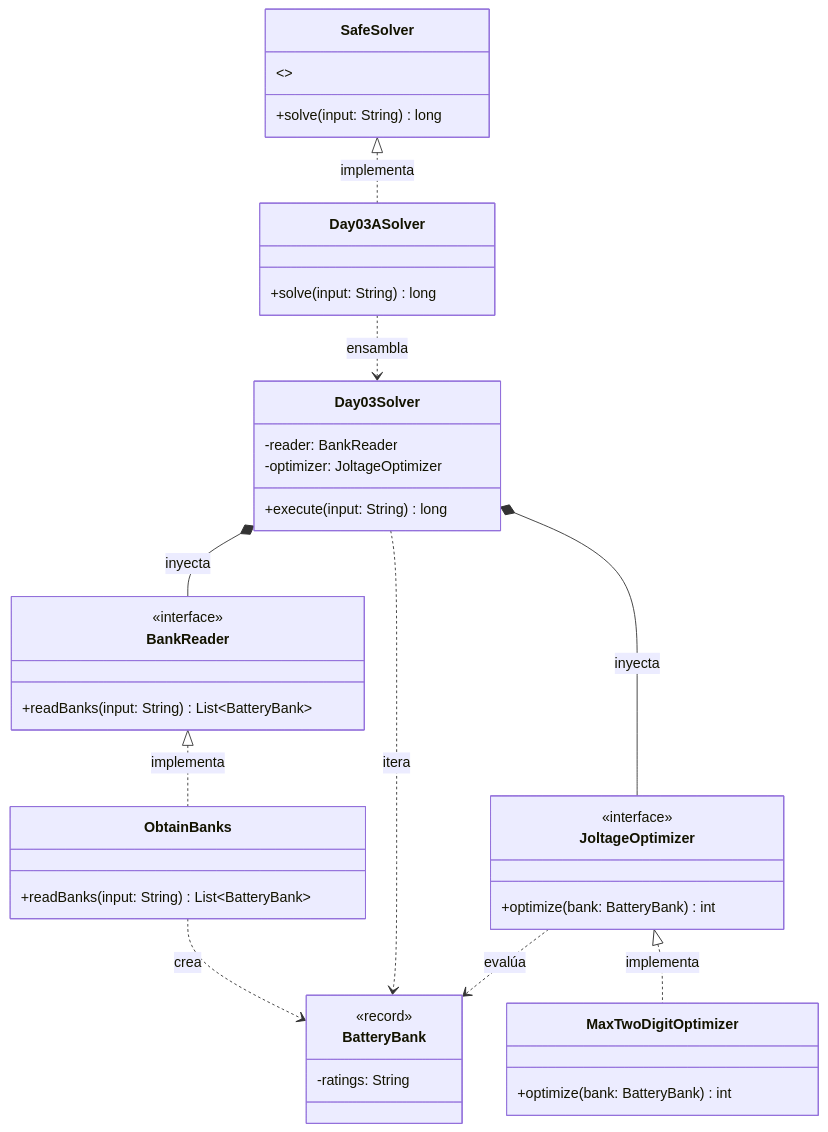
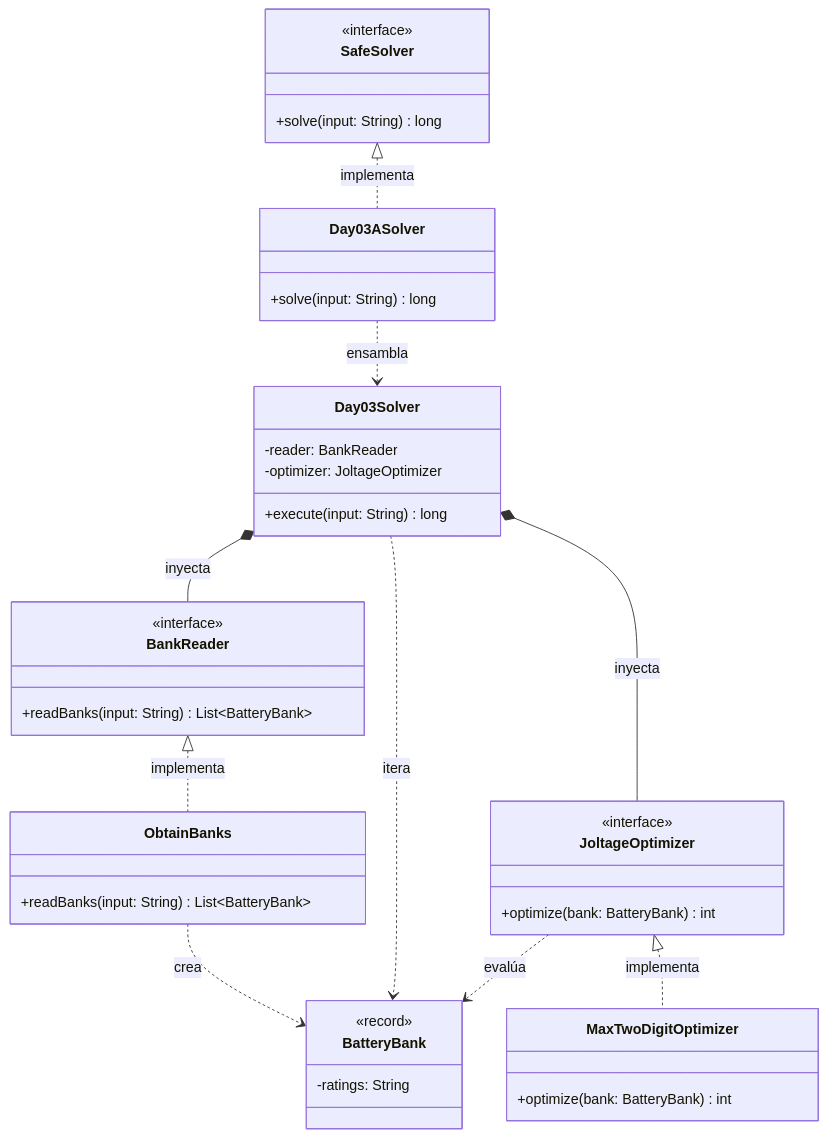
Before and after one commit to ivanperezdiaz829/AoC2025: the diagram in src/main/java/software/aoc/day03/README.md, drawn with Mermaid.

Commit message:
fix(README): Day03 README visual problem solved

````diff
--- a/src/main/java/software/aoc/day03/README.md
+++ b/src/main/java/software/aoc/day03/README.md
@@ -36,55 +36,55 @@
 ```mermaid
 classDiagram
     class SafeSolver {
-        <>
+        <<interface>>
         +solve(input: String) long
     }
 
     class Day03ASolver {
         +solve(input: String) long
     }
 
     class Day03Solver {
         -reader: BankReader
         -optimizer: JoltageOptimizer
         +execute(input: String) long
     }
 
     class BatteryBank {
         <<record>>
         -ratings: String
     }
 
     class BankReader {
         <<interface>>
         +readBanks(input: String) List~BatteryBank~
     }
 
     class ObtainBanks {
         +readBanks(input: String) List~BatteryBank~
     }
 
     class JoltageOptimizer {
         <<interface>>
         +optimize(bank: BatteryBank) int
     }
 
     class MaxTwoDigitOptimizer {
         +optimize(bank: BatteryBank) int
     }
 
-    %% Relaciones de Implementación
+%% Relaciones de Implementación
     SafeSolver <|.. Day03ASolver : implementa
     BankReader <|.. ObtainBanks : implementa
     JoltageOptimizer <|.. MaxTwoDigitOptimizer : implementa
-    
-    %% Relaciones de Orquestación e Inyección
+
+%% Relaciones de Orquestación e Inyección
     Day03ASolver ..> Day03Solver : ensambla
     Day03Solver *-- BankReader : inyecta
     Day03Solver *-- JoltageOptimizer : inyecta
-    
-    %% Dependencias de Dominio
+
+%% Dependencias de Dominio
     ObtainBanks ..> BatteryBank : crea
     Day03Solver ..> BatteryBank : itera
     JoltageOptimizer ..> BatteryBank : evalúa
 ```
````
